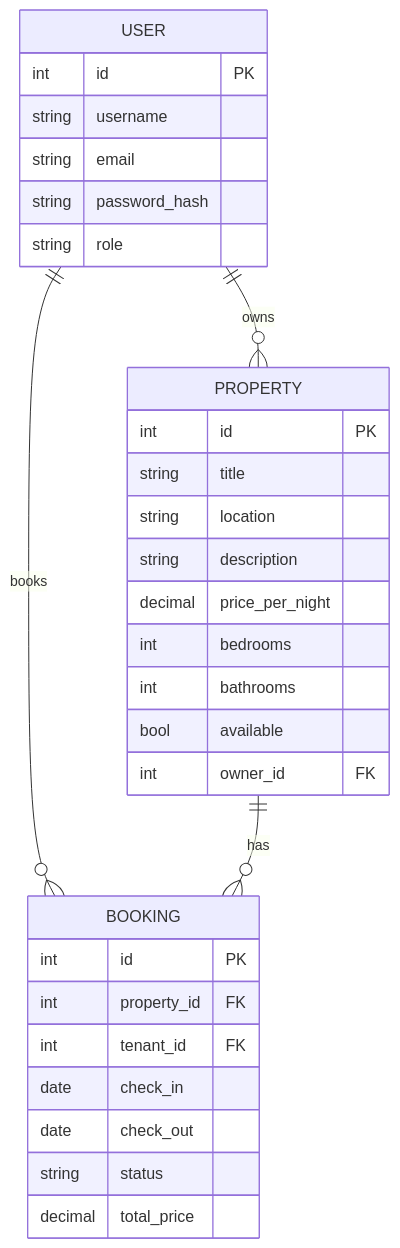
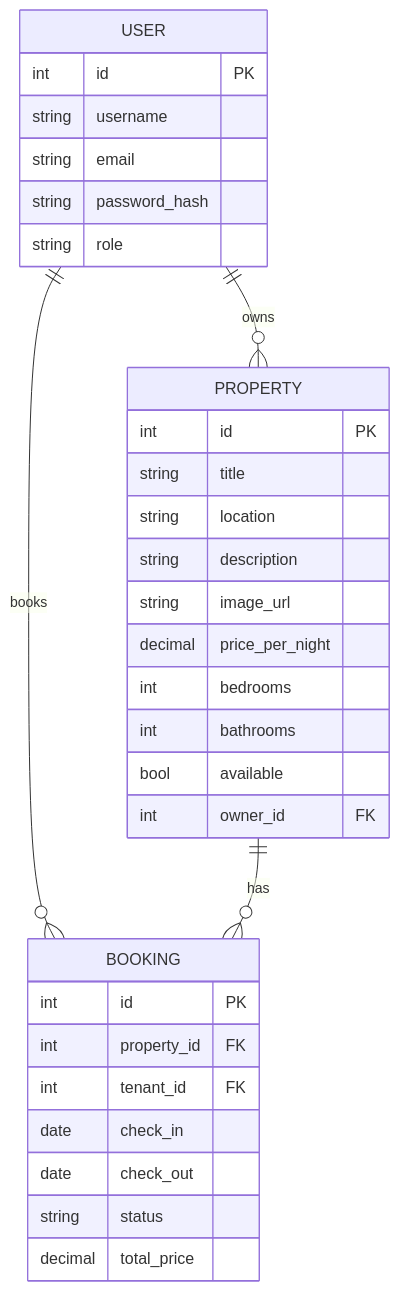
Before and after one commit to dillonganpat/comp3613a1: the diagram in docs/report.md, drawn with Mermaid. The commit also changed other lines of this file and 3 other files, not shown here.

````diff
--- a/docs/report.md
+++ b/docs/report.md
@@ -34,36 +34,37 @@
 ```mermaid
 erDiagram
   USER ||--o{ PROPERTY : owns
   USER ||--o{ BOOKING : books
   PROPERTY ||--o{ BOOKING : has
 
   USER {
     int id PK
     string username
     string email
     string password_hash
     string role
   }
 
   PROPERTY {
     int id PK
     string title
     string location
     string description
+    string image_url
     decimal price_per_night
     int bedrooms
     int bathrooms
     bool available
     int owner_id FK
   }
 
   BOOKING {
     int id PK
     int property_id FK
     int tenant_id FK
     date check_in
     date check_out
     string status
     decimal total_price
   }
 ```
````
